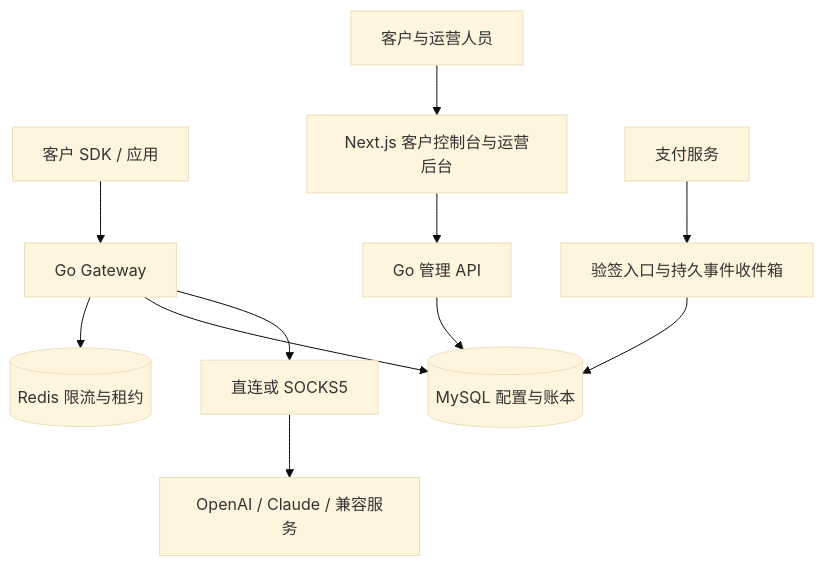
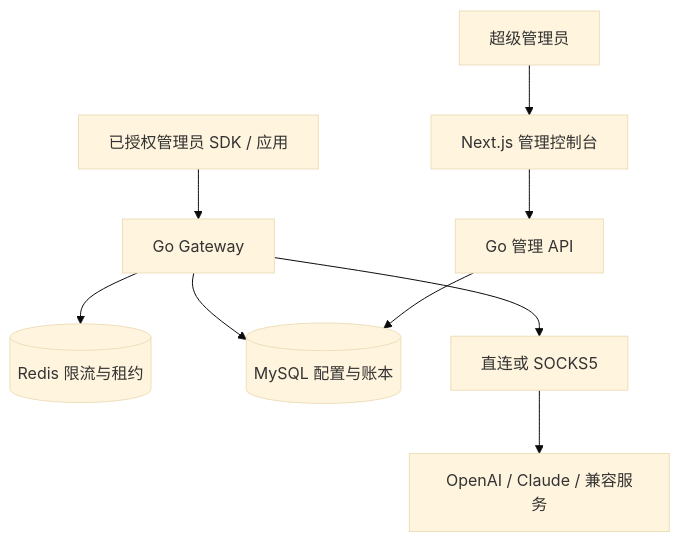
The second of 2 diagrams in docs/architecture.md (ufcenterxyz/relaypine.com), drawn with Mermaid (base theme) before and after one commit. The commit also changed other lines of this file and 42 other files, not shown here.

````diff
--- a/docs/architecture.md
+++ b/docs/architecture.md
@@ -186,13 +185,11 @@
 ```mermaid
 flowchart TB
-    C[客户 SDK / 应用] --> G[Go Gateway]
-    U[客户与运营人员] --> W[Next.js 客户控制台与运营后台]
+    C[已授权管理员 SDK / 应用] --> G[Go Gateway]
+    U[超级管理员] --> W[Next.js 管理控制台]
     W --> A[Go 管理 API]
     G --> R[(Redis 限流与租约)]
     G --> D[(MySQL 配置与账本)]
     A --> D
-    X[支付服务] --> Q[验签入口与持久事件收件箱]
-    Q --> D
     G --> P[直连或 SOCKS5]
     P --> O[OpenAI / Claude / 兼容服务]
 ```
````
